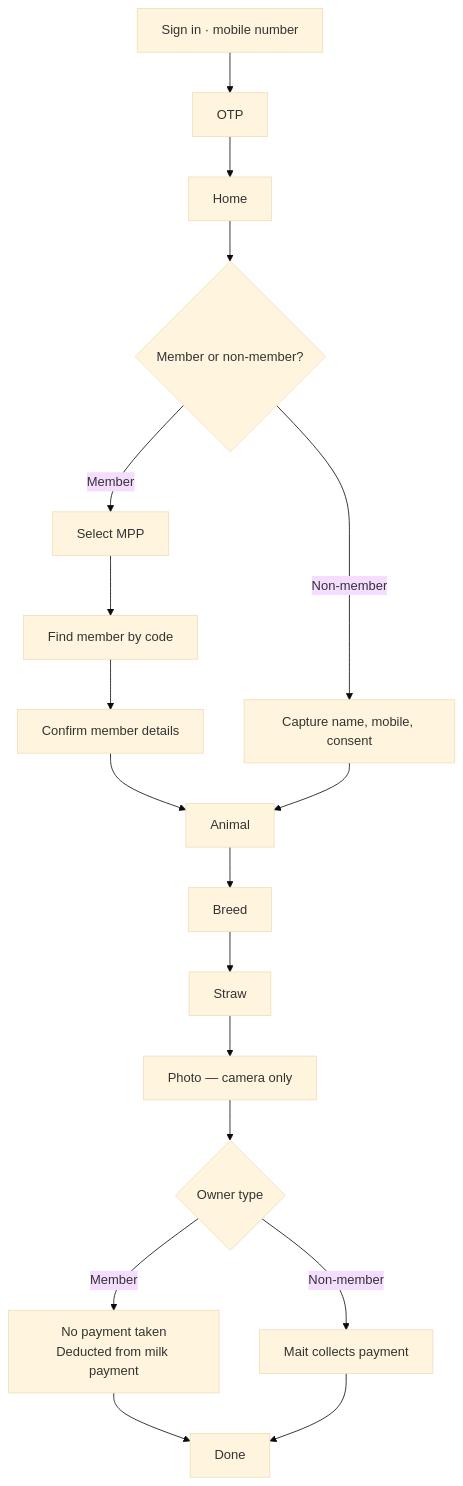
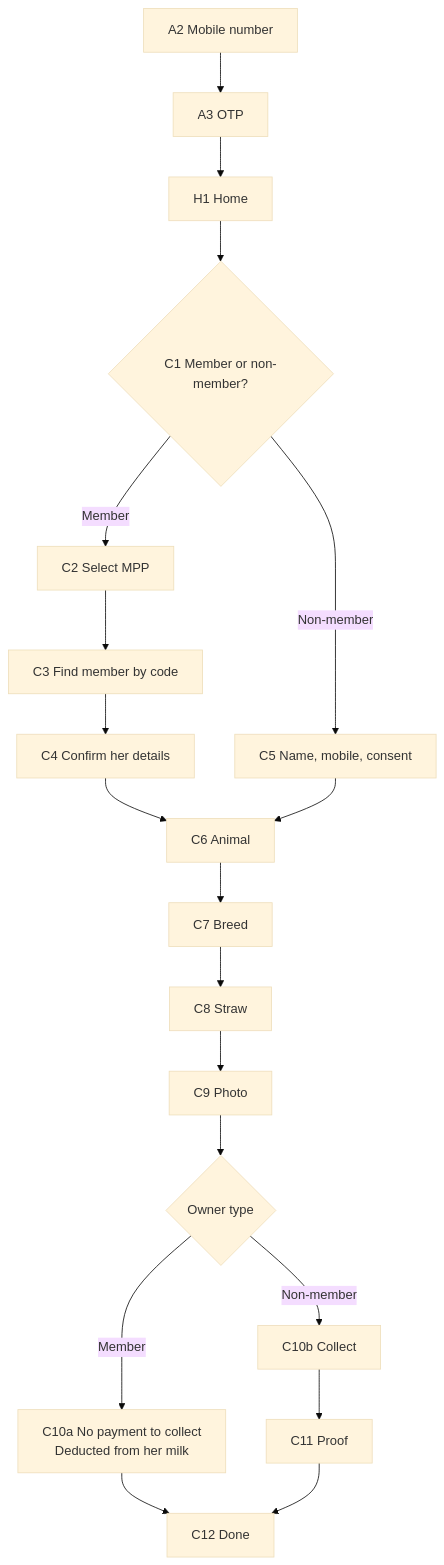
The diagram in docs/MOBILE_DESIGN_BRIEF.md (Shivamchaubey14/mait-ai), drawn with Mermaid (base theme) before and after one commit. The commit also changed other lines of this file, not shown here.

First line of the commit message:
docs: the mobile brief becomes self-contained

````diff
--- a/docs/MOBILE_DESIGN_BRIEF.md
+++ b/docs/MOBILE_DESIGN_BRIEF.md
@@ -279,20 +354,20 @@
 ```mermaid
 flowchart TD
-    A[Sign in · mobile number] --> B[OTP]
-    B --> C[Home]
-    C --> D{Member or non-member?}
-    D -->|Member| E[Select MPP]
-    E --> F[Find member by code]
-    F --> G[Confirm member details]
-    D -->|Non-member| H[Capture name, mobile, consent]
-    G --> I[Animal]
-    H --> I[Animal]
-    I --> J[Breed]
-    J --> K[Straw]
-    K --> L[Photo — camera only]
+    A[A2 Mobile number] --> B[A3 OTP]
+    B --> C[H1 Home]
+    C --> D{C1 Member or non-member?}
+    D -->|Member| E[C2 Select MPP]
+    E --> F[C3 Find member by code]
+    F --> G[C4 Confirm her details]
+    D -->|Non-member| H[C5 Name, mobile, consent]
+    G --> I[C6 Animal]
+    H --> I
+    I --> J[C7 Breed]
+    J --> K[C8 Straw]
+    K --> L[C9 Photo]
     L --> M{Owner type}
-    M -->|Member| N[No payment taken<br/>Deducted from milk payment]
-    M -->|Non-member| O[Mait collects payment]
-    N --> P[Done]
-    O --> P[Done]
+    M -->|Member| N[C10a No payment to collect<br/>Deducted from her milk]
+    M -->|Non-member| O[C10b Collect] --> P[C11 Proof]
+    N --> Q[C12 Done]
+    P --> Q
 ```
````
